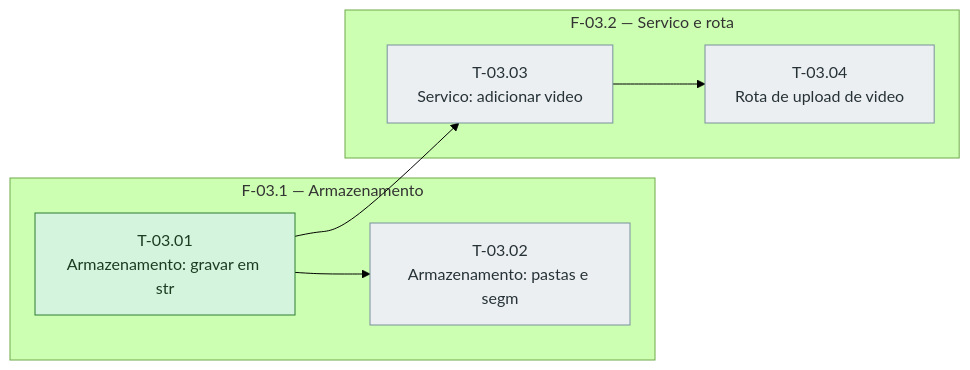
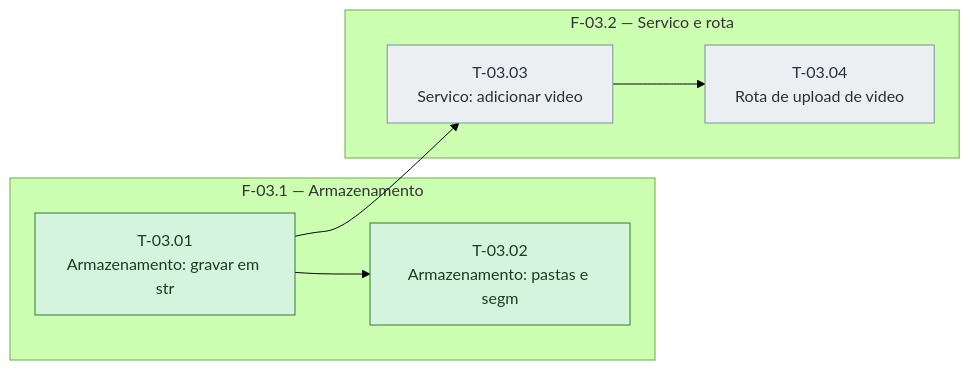
Before and after one commit to bittencourtthulio/converse-chatbot: the diagram in docs/conhecimento-em-video/sprint-03/fases.md, drawn with Mermaid (forest theme). The commit also changed 3 other files, not shown here.

````diff
--- a/docs/conhecimento-em-video/sprint-03/fases.md
+++ b/docs/conhecimento-em-video/sprint-03/fases.md
@@ -31,26 +31,26 @@
 ```mermaid
 %% Grafo de tasks — sprint-03 — gerado pela sprintx a partir de tasks.md
 flowchart LR
   subgraph fase_03_1["F-03.1 — Armazenamento"]
     T_03_01["T-03.01<br/>Armazenamento: gravar em str"]
     T_03_02["T-03.02<br/>Armazenamento: pastas e segm"]
   end
   subgraph fase_03_2["F-03.2 — Servico e rota"]
     T_03_03["T-03.03<br/>Servico: adicionar video"]
     T_03_04["T-03.04<br/>Rota de upload de video"]
   end
   T_03_01 --> T_03_02
   T_03_01 --> T_03_03
   T_03_03 --> T_03_04
 
   classDef concluida fill:#d4f4dd,stroke:#2e7d32,color:#1b3d20
   classDef andamento fill:#fff3cd,stroke:#b8860b,color:#4a3800
   classDef bloqueada fill:#f8d7da,stroke:#c62828,color:#4a1d1f
   classDef pendente  fill:#eceff1,stroke:#78909c,color:#263238
   classDef critico   stroke-width:3px
 
   class T_03_01 concluida
-  class T_03_02 pendente
+  class T_03_02 concluida
   class T_03_03 pendente
   class T_03_04 pendente
 ```
````
